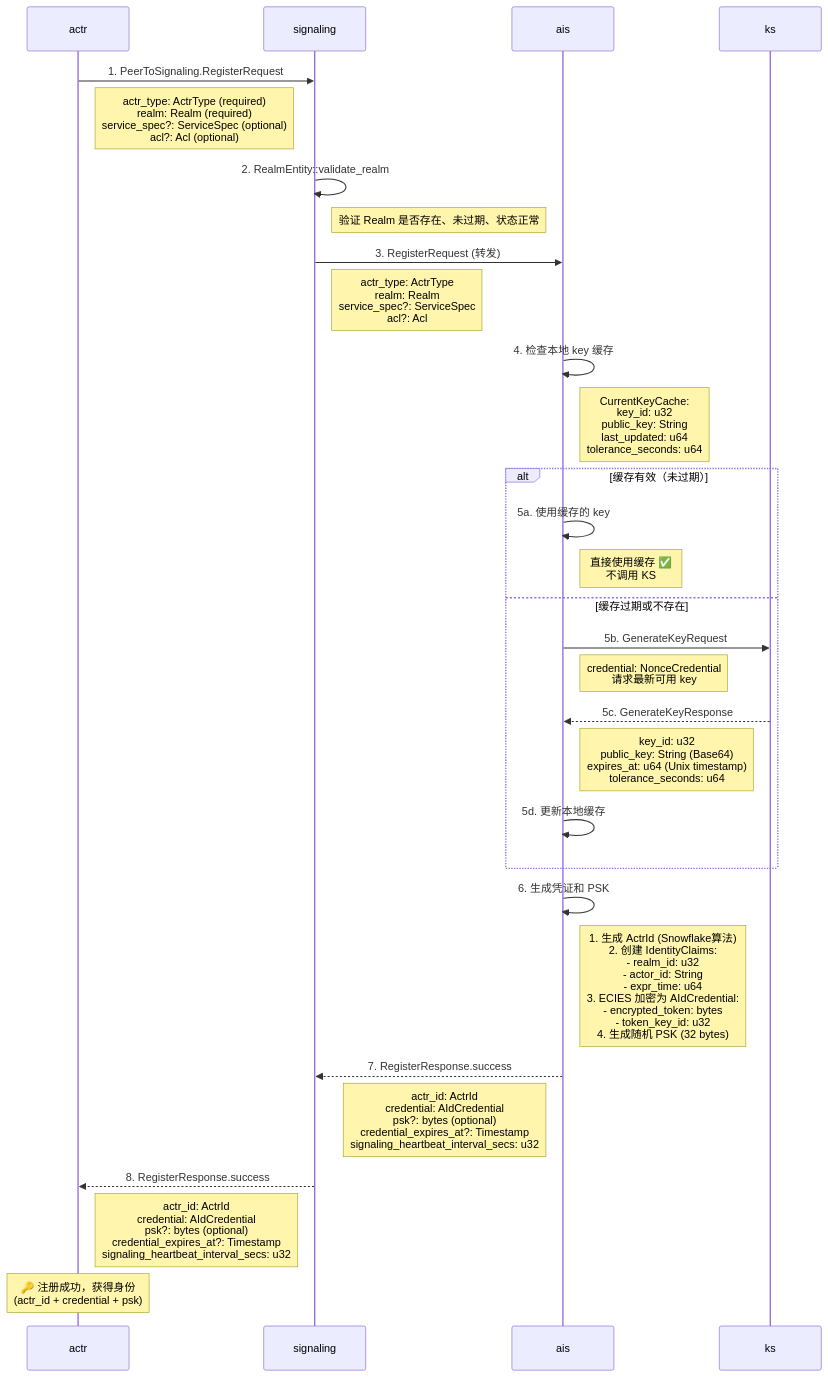
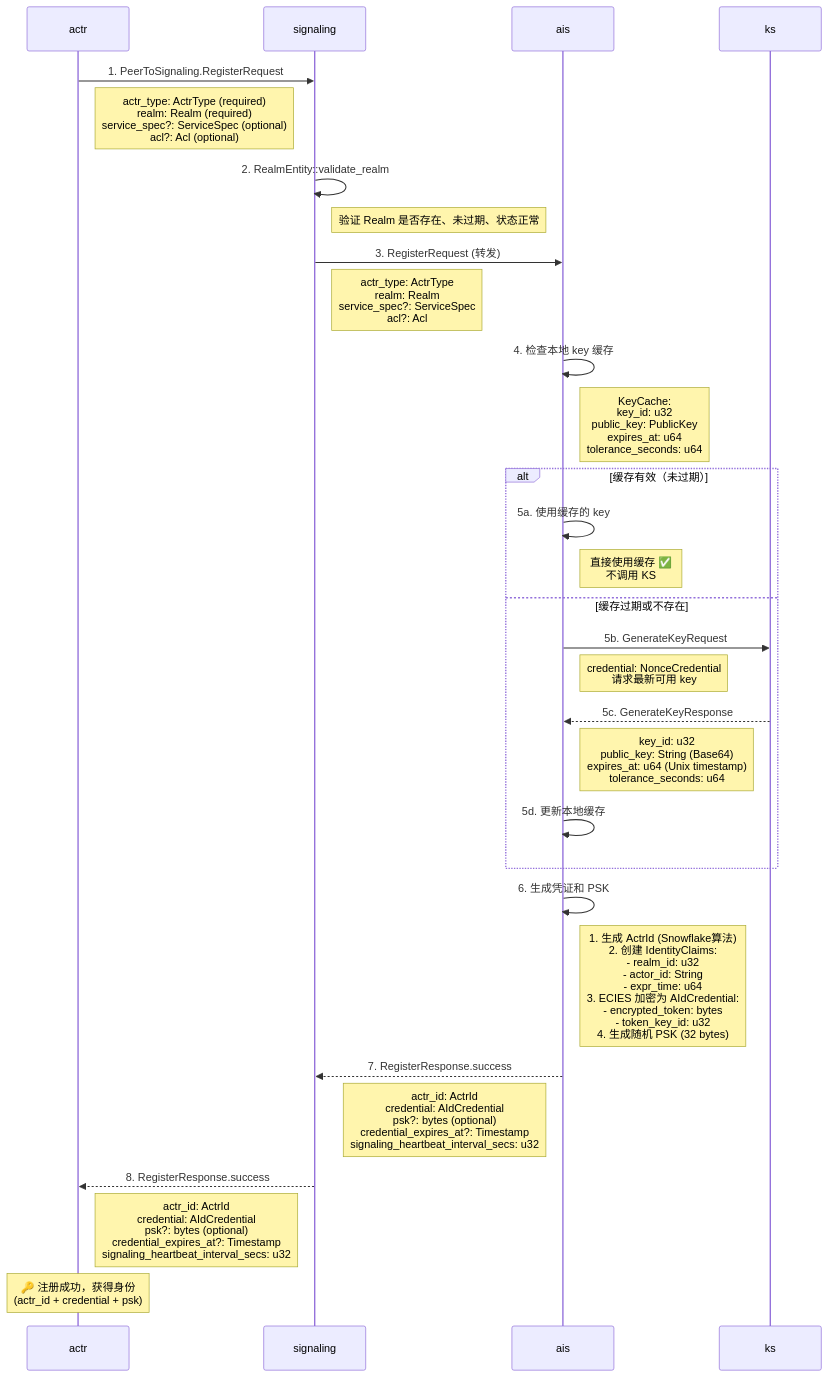
The diagram in zh-hans/5.1-registration-flow.md (actor-rtc/actor-rtc.github.io), drawn with Mermaid before and after one commit. The commit also changed 1 other file, not shown here.

Commit message:
fix: Ensure consistency between the document pic of 5.1 and 5.2

````diff
--- a/zh-hans/5.1-registration-flow.md
+++ b/zh-hans/5.1-registration-flow.md
@@ -13,45 +13,45 @@
 ```mermaid
 sequenceDiagram
     participant actr as actr
     participant signaling as signaling
     participant ais as ais
     participant ks as ks
 
     %% ========== 首次注册流程 ==========
     actr->>signaling: 1. PeerToSignaling.RegisterRequest
     Note right of actr: actr_type: ActrType (required)<br/>realm: Realm (required)<br/>service_spec?: ServiceSpec (optional)<br/>acl?: Acl (optional)
 
     signaling->>signaling: 2. RealmEntity::validate_realm
     Note right of signaling: 验证 Realm 是否存在、未过期、状态正常
 
     signaling->>ais: 3. RegisterRequest (转发)
     Note right of signaling: actr_type: ActrType<br/>realm: Realm<br/>service_spec?: ServiceSpec<br/>acl?: Acl
 
     ais->>ais: 4. 检查本地 key 缓存
-    Note right of ais: CurrentKeyCache:<br/>  key_id: u32<br/>  public_key: String<br/>  last_updated: u64<br/>  tolerance_seconds: u64
+    Note right of ais: KeyCache:<br/>  key_id: u32<br/>  public_key: PublicKey<br/>  expires_at: u64<br/>  tolerance_seconds: u64
 
     alt 缓存有效（未过期）
         ais->>ais: 5a. 使用缓存的 key
         Note right of ais: 直接使用缓存 ✅<br/>不调用 KS
         
     else 缓存过期或不存在
         ais->>ks: 5b. GenerateKeyRequest
         Note right of ais: credential: NonceCredential<br/>请求最新可用 key
         
         ks-->>ais: 5c. GenerateKeyResponse
         Note left of ks: key_id: u32<br/>public_key: String (Base64)<br/>expires_at: u64 (Unix timestamp)<br/>tolerance_seconds: u64
         
         ais->>ais: 5d. 更新本地缓存
     end
 
     ais->>ais: 6. 生成凭证和 PSK
     Note right of ais: 1. 生成 ActrId (Snowflake算法)<br/>2. 创建 IdentityClaims:<br/>   - realm_id: u32<br/>   - actor_id: String<br/>   - expr_time: u64<br/>3. ECIES 加密为 AIdCredential:<br/>   - encrypted_token: bytes<br/>   - token_key_id: u32<br/>4. 生成随机 PSK (32 bytes)
     
     ais-->>signaling: 7. RegisterResponse.success
     Note left of ais: actr_id: ActrId<br/>credential: AIdCredential<br/>psk?: bytes (optional)<br/>credential_expires_at?: Timestamp<br/>signaling_heartbeat_interval_secs: u32
     
     signaling-->>actr: 8. RegisterResponse.success
     Note left of signaling: actr_id: ActrId<br/>credential: AIdCredential<br/>psk?: bytes (optional)<br/>credential_expires_at?: Timestamp<br/>signaling_heartbeat_interval_secs: u32
 
     Note over actr: 🔑 注册成功，获得身份<br/>(actr_id + credential + psk)
 ```
````
